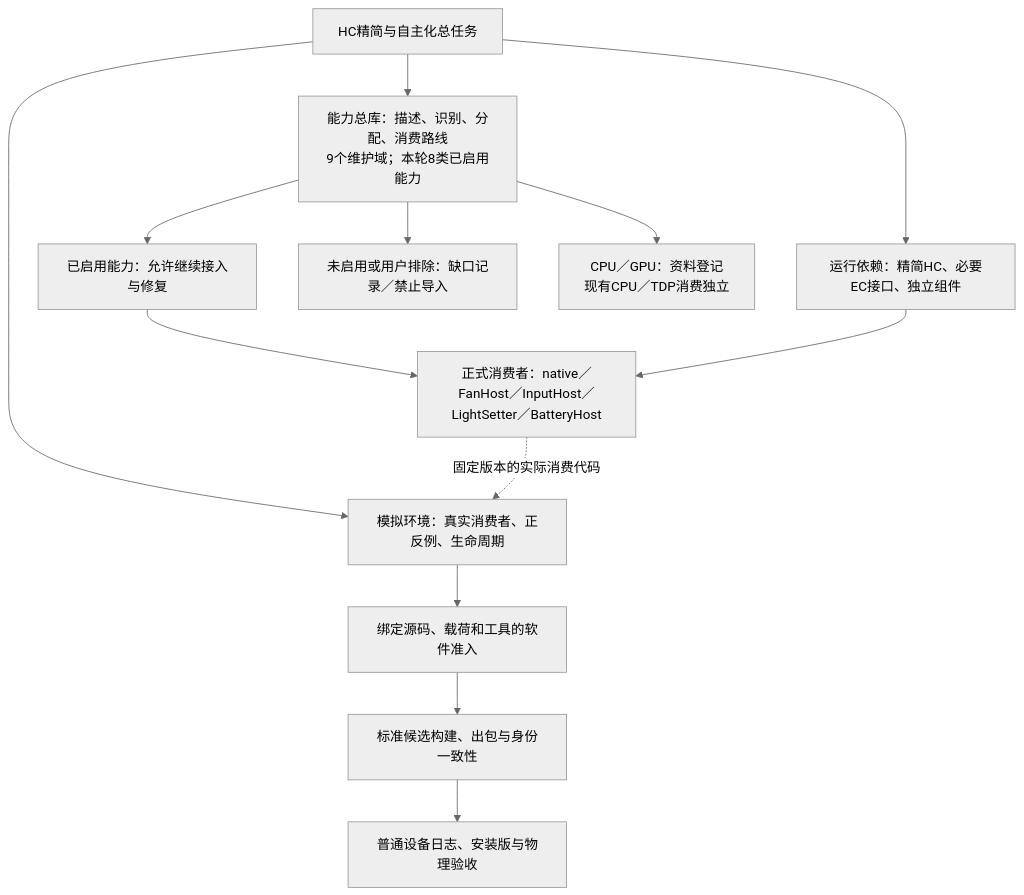
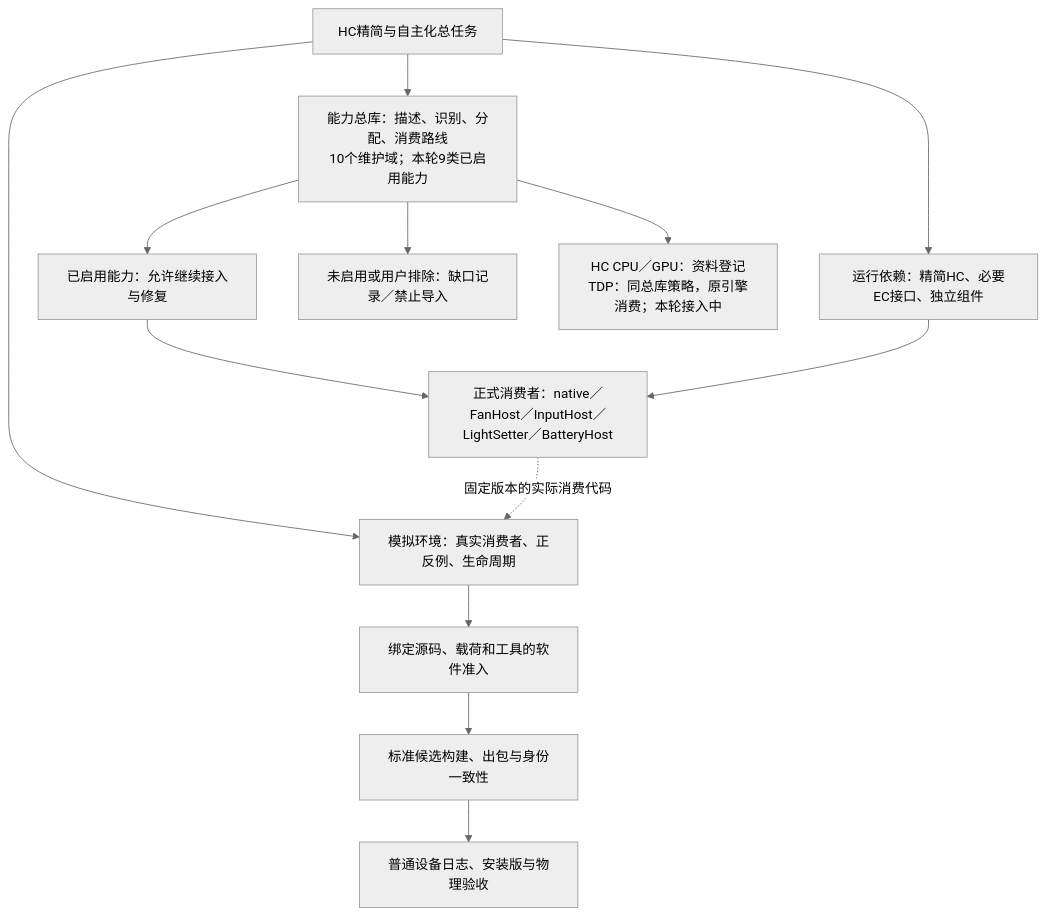
One commit to DaVeZhouMK/YeManCC changed the diagram in capabilities/OVERVIEW.md. Above: the diagram before and after it, drawn with Mermaid (neutral theme). The commit also changed other lines of this file and 1941 other files, not shown here.

````diff
--- a/capabilities/OVERVIEW.md
+++ b/capabilities/OVERVIEW.md
@@ -15,15 +15,15 @@
 ```mermaid
 flowchart TB
-  P["HC精简与自主化总任务"] --> L["能力总库：描述、识别、分配、消费路线<br/>9个维护域；本轮8类已启用能力"]
+  P["HC精简与自主化总任务"] --> L["能力总库：描述、识别、分配、消费路线<br/>10个维护域；本轮9类已启用能力"]
   P --> R["运行依赖：精简HC、必要EC接口、独立组件"]
   P --> V["模拟环境：真实消费者、正反例、生命周期"]
   L --> E["已启用能力：允许继续接入与修复"]
   L --> G["未启用或用户排除：缺口记录／禁止导入"]
-  L --> M["CPU／GPU：资料登记<br/>现有CPU／TDP消费独立"]
+  L --> M["HC CPU／GPU：资料登记<br/>TDP：同总库策略，原引擎消费；本轮接入中"]
   E --> C["正式消费者：native／FanHost／InputHost／LightSetter／BatteryHost"]
   R --> C
   C -. "固定版本的实际消费代码" .-> V
   V --> A["绑定源码、载荷和工具的软件准入"]
   A --> B["标准候选构建、出包与身份一致性"]
   B --> D["普通设备日志、安装版与物理验收"]
 ```
````
